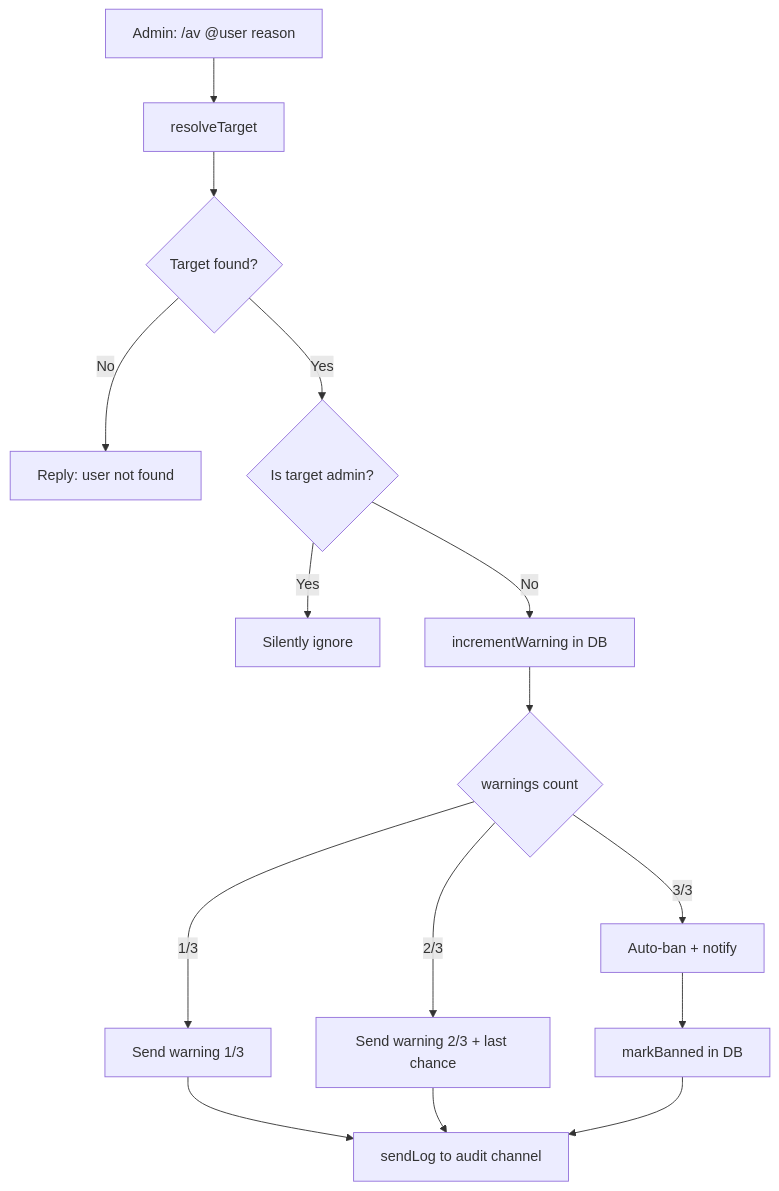
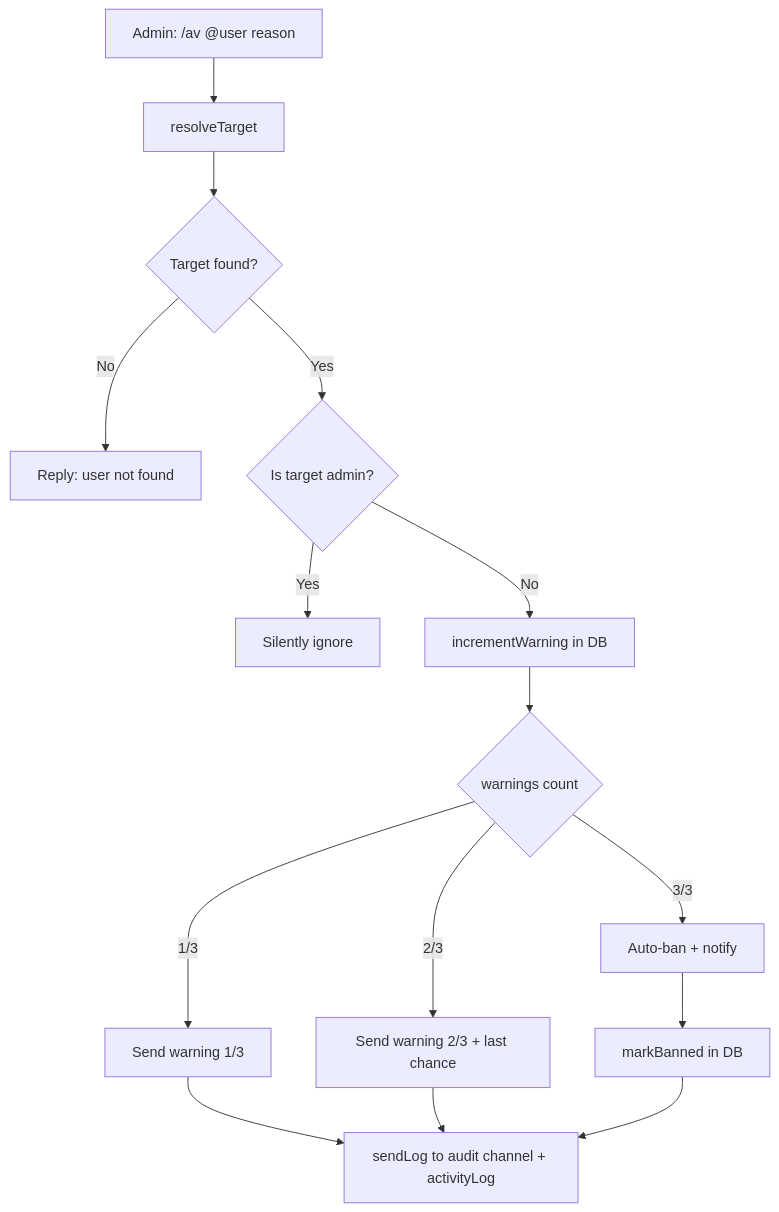
One commit to Yuki44/YukiBot-Telegram-Admin changed the sixth of 10 diagrams in docs/architecture.md. Above: the diagram before and after it, drawn with Mermaid. The commit also changed other lines of this file and 8 other files, not shown here.

````diff
--- a/docs/architecture.md
+++ b/docs/architecture.md
@@ -135,17 +187,17 @@
 ```mermaid
 flowchart TD
   A[Admin: /av @user reason] --> B[resolveTarget]
   B --> C{Target found?}
   C -->|No| D[Reply: user not found]
   C -->|Yes| E{Is target admin?}
   E -->|Yes| F[Silently ignore]
   E -->|No| G[incrementWarning in DB]
   G --> H{warnings count}
   H -->|1/3| I[Send warning 1/3]
   H -->|2/3| J[Send warning 2/3 + last chance]
   H -->|3/3| K[Auto-ban + notify]
-  I --> L[sendLog to audit channel]
+  I --> L[sendLog to audit channel + activityLog]
   J --> L
   K --> M[markBanned in DB]
   M --> L
 ```
````
